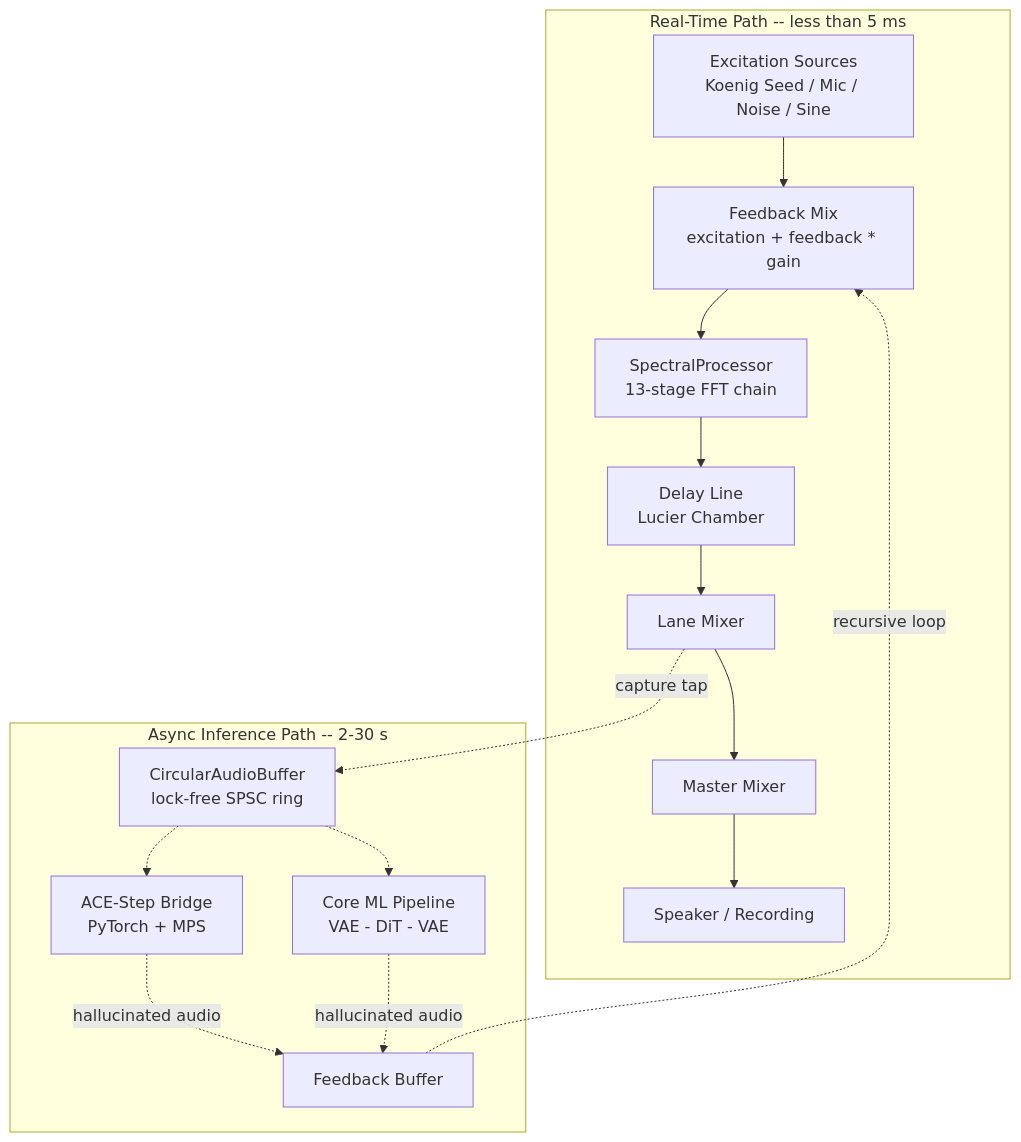
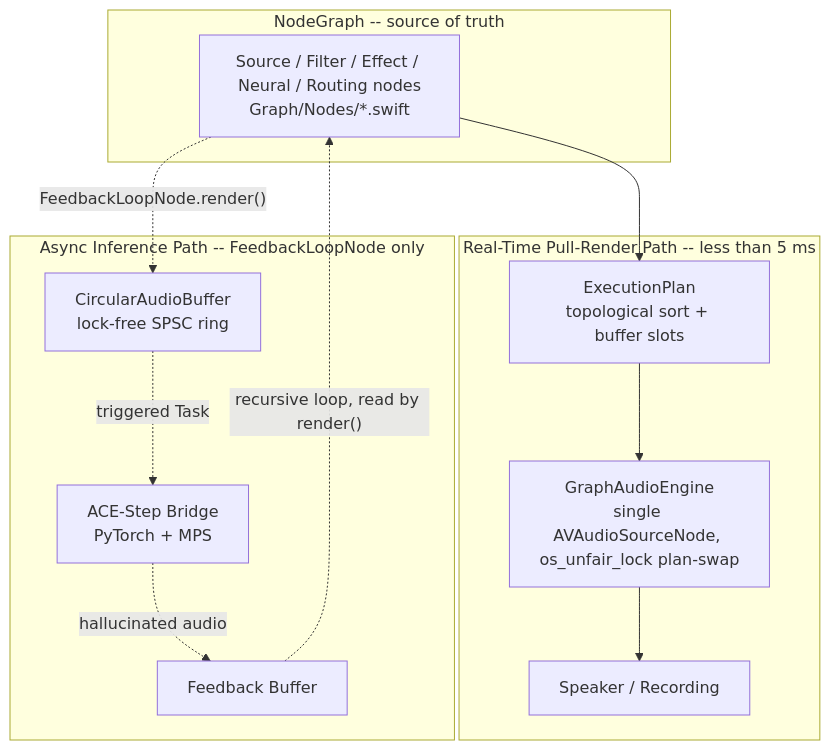
One commit to U-N-B-R-A-N-D-E-D/Latent-Resonator changed the diagram in README.md. Above: the diagram before and after it, drawn with Mermaid. The commit also changed other lines of this file and 108 other files, not shown here.

First line of the commit message:
feat(graph-engine): close v2 perimeter — native canvas, macro/mixer controllers, gesture recording

````diff
--- a/README.md
+++ b/README.md
@@ -54,33 +56,27 @@
 ```mermaid
 graph TD
-    subgraph realtime ["Real-Time Path -- less than 5 ms"]
-        Excitation["Excitation Sources\nKoenig Seed / Mic / Noise / Sine"]
-        FeedbackMix["Feedback Mix\nexcitation + feedback * gain"]
-        DSP["SpectralProcessor\n13-stage FFT chain"]
-        Delay["Delay Line\nLucier Chamber"]
-        LaneMixer["Lane Mixer"]
-        MasterMixer["Master Mixer"]
+    subgraph graph ["NodeGraph -- source of truth"]
+        Nodes["Source / Filter / Effect / Neural / Routing nodes\nGraph/Nodes/*.swift"]
+    end
+
+    subgraph realtime ["Real-Time Pull-Render Path -- less than 5 ms"]
+        Plan["ExecutionPlan\ntopological sort + buffer slots"]
+        Engine["GraphAudioEngine\nsingle AVAudioSourceNode, os_unfair_lock plan-swap"]
         Output["Speaker / Recording"]
     end
 
-    subgraph inference ["Async Inference Path -- 2-30 s"]
+    subgraph inference ["Async Inference Path -- FeedbackLoopNode only"]
         CaptureBuffer["CircularAudioBuffer\nlock-free SPSC ring"]
         Bridge["ACE-Step Bridge\nPyTorch + MPS"]
-        CoreML["Core ML Pipeline\nVAE - DiT - VAE"]
         FeedbackBuffer["Feedback Buffer"]
     end
 
-    Excitation --> FeedbackMix
-    FeedbackMix --> DSP
-    DSP --> Delay
-    Delay --> LaneMixer
-    LaneMixer --> MasterMixer
-    MasterMixer --> Output
+    Nodes --> Plan
+    Plan --> Engine
+    Engine --> Output
 
-    LaneMixer -.->|"capture tap"| CaptureBuffer
-    CaptureBuffer -.-> Bridge
-    CaptureBuffer -.-> CoreML
+    Nodes -.->|"FeedbackLoopNode.render()"| CaptureBuffer
+    CaptureBuffer -.->|"triggered Task"| Bridge
     Bridge -.->|"hallucinated audio"| FeedbackBuffer
-    CoreML -.->|"hallucinated audio"| FeedbackBuffer
-    FeedbackBuffer -.->|"recursive loop"| FeedbackMix
+    FeedbackBuffer -.->|"recursive loop, read by render()"| Nodes
 ```
````
